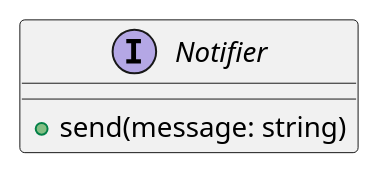
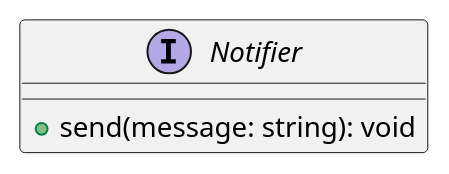
The first of 5 diagrams in docs/part2/06_boundaries.md (ubccpsc/210), drawn with PlantUML before and after one commit. The commit also changed other lines of this file and 5 other files, not shown here.

Commit message:
more diagram improvements; center diagrams (works locally, need to check with 210 prefix)

````diff
--- a/docs/part2/06_boundaries.md
+++ b/docs/part2/06_boundaries.md
@@ -51,9 +51,9 @@
 ```plantuml
 @startuml
 
 interface Notifier
 
-Notifier : +send(message: string)
+Notifier : +send(message: string): void
 
 @enduml
 ```
````
